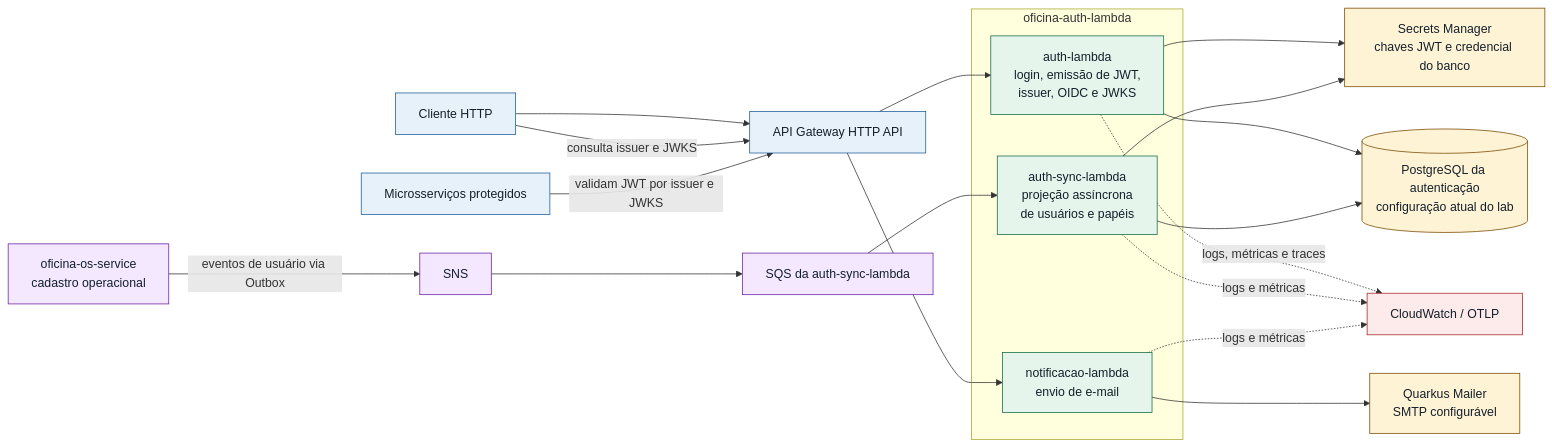
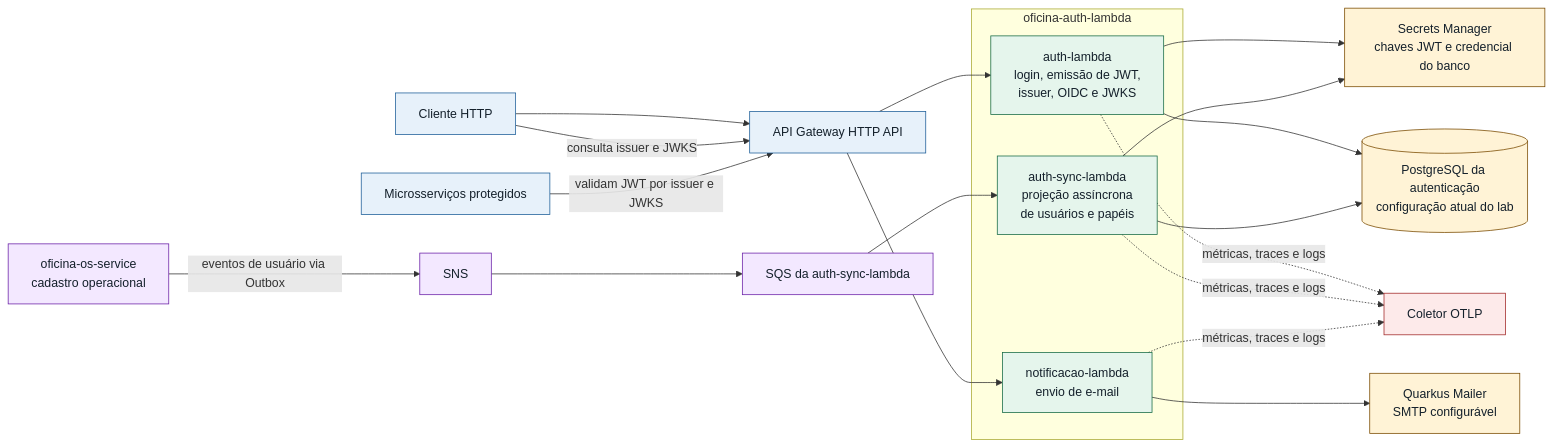
One commit to oficina-soat/oficina-auth-lambda changed the diagram in README.md. Above: the diagram before and after it, drawn with Mermaid.

Commit message:
docs: padroniza diagrama de arquitetura

````diff
--- a/README.md
+++ b/README.md
@@ -45,39 +45,39 @@
 ```mermaid
 flowchart LR
   User["Cliente HTTP"] --> APIGW["API Gateway HTTP API"]
 
   subgraph Repository["oficina-auth-lambda"]
     Auth["auth-lambda<br/>login, emissão de JWT,<br/>issuer, OIDC e JWKS"]
     Sync["auth-sync-lambda<br/>projeção assíncrona<br/>de usuários e papéis"]
     Notification["notificacao-lambda<br/>envio de e-mail"]
   end
 
   APIGW --> Auth
   APIGW --> Notification
   User -->|"consulta issuer e JWKS"| APIGW
   OS["oficina-os-service<br/>cadastro operacional"] -->|"eventos de usuário via Outbox"| SNS["SNS"]
   SNS --> SQS["SQS da auth-sync-lambda"]
   SQS --> Sync
 
   Auth --> Secrets["Secrets Manager<br/>chaves JWT e credencial do banco"]
   Sync --> Secrets
   Auth --> AuthDB[("PostgreSQL da autenticação<br/>configuração atual do lab")]
   Sync --> AuthDB
   Notification --> Mailer["Quarkus Mailer<br/>SMTP configurável"]
 
   Services["Microsserviços protegidos"] -->|"validam JWT por issuer e JWKS"| APIGW
-  Auth -. "logs, métricas e traces" .-> Telemetry["CloudWatch / OTLP"]
-  Sync -. "logs e métricas" .-> Telemetry
-  Notification -. "logs e métricas" .-> Telemetry
+  Auth -. "métricas, traces e logs" .-> Telemetry["Coletor OTLP"]
+  Sync -. "métricas, traces e logs" .-> Telemetry
+  Notification -. "métricas, traces e logs" .-> Telemetry
 
-  classDef http fill:#e7f1fa,stroke:#1f5f99,color:#14202b;
-  classDef lambda fill:#e5f5ec,stroke:#176b45,color:#14202b;
+  classDef core fill:#e5f5ec,stroke:#176b45,color:#14202b;
+  classDef adapter fill:#e7f1fa,stroke:#1f5f99,color:#14202b;
   classDef data fill:#fff3d6,stroke:#7a4b00,color:#14202b;
-  classDef async fill:#f3e8ff,stroke:#6b21a8,color:#14202b;
+  classDef event fill:#f3e8ff,stroke:#6b21a8,color:#14202b;
   classDef observe fill:#fdeaea,stroke:#a22929,color:#14202b;
-  class APIGW,User,Services http;
-  class Auth,Sync,Notification lambda;
+  class Auth,Sync,Notification core;
+  class APIGW,User,Services adapter;
   class Secrets,AuthDB,Mailer data;
-  class SNS,SQS,OS async;
+  class SNS,SQS,OS event;
   class Telemetry observe;
 ```
````
